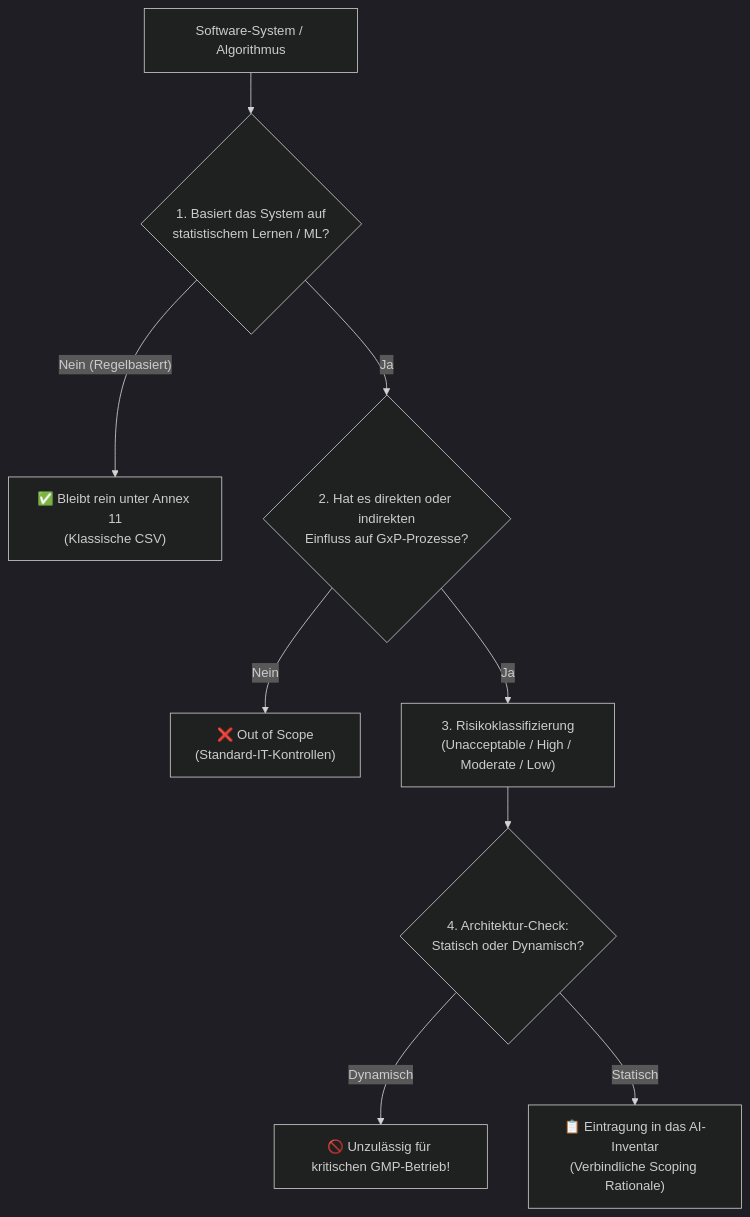
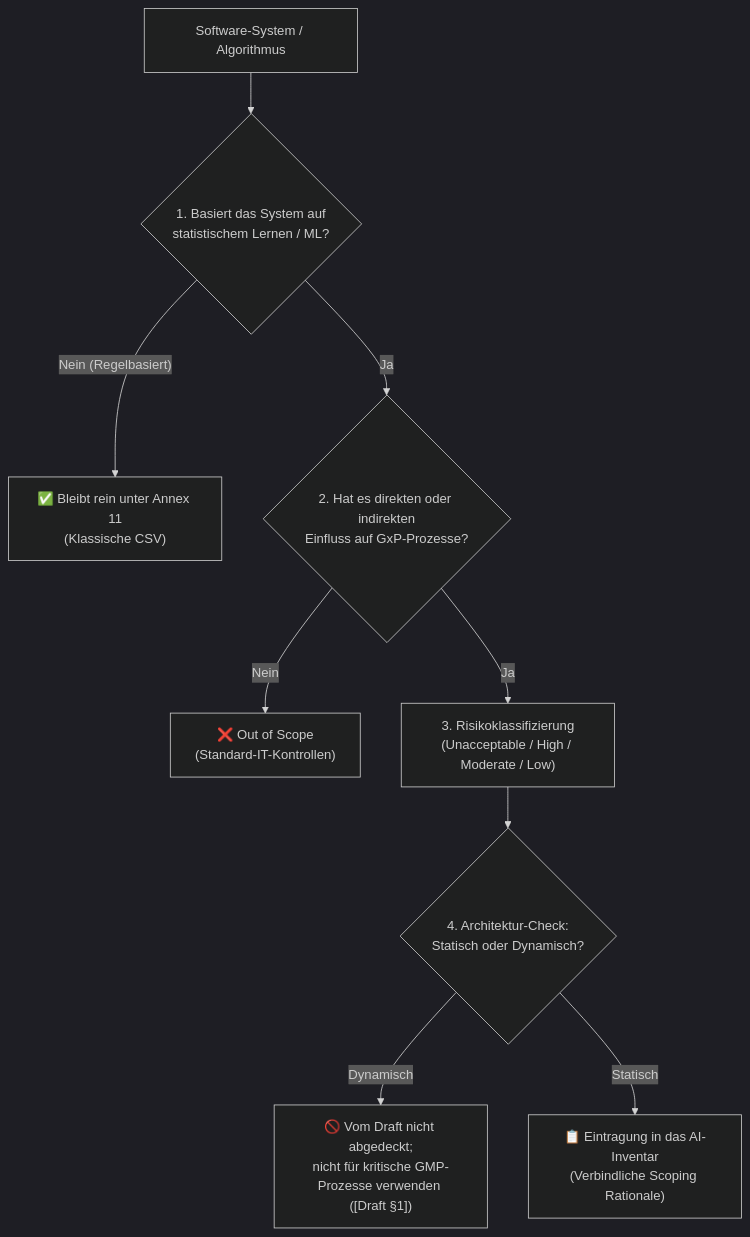
The diagram in docs/de/module_03_scope_applicability.md (Lunaman06/Annex22), drawn with Mermaid (dark theme) before and after one commit. The commit also changed other lines of this file and 4 other files, not shown here.

````diff
--- a/docs/de/module_03_scope_applicability.md
+++ b/docs/de/module_03_scope_applicability.md
@@ -13,14 +13,14 @@
 ```mermaid
 flowchart TD
     Start["Software-System / Algorithmus"] --> Q1{"1. Basiert das System auf<br/>statistischem Lernen / ML?"}
     
     Q1 -- Nein (Regelbasiert) --> ANNEX11["✅ Bleibt rein unter Annex 11<br/>(Klassische CSV)"]
     Q1 -- Ja --> Q2{"2. Hat es direkten oder indirekten<br/>Einfluss auf GxP-Prozesse?"}
     
     Q2 -- Nein --> OOS["❌ Out of Scope<br/>(Standard-IT-Kontrollen)"]
     Q2 -- Ja --> Q3["3. Risikoklassifizierung<br/>(Unacceptable / High / Moderate / Low)"]
     
     Q3 --> Q4{"4. Architektur-Check:<br/>Statisch oder Dynamisch?"}
-    Q4 -- Dynamisch --> REJECT["🚫 Unzulässig für kritischen GMP-Betrieb!"]
+    Q4 -- Dynamisch --> REJECT["🚫 Vom Draft nicht abgedeckt;<br/>nicht für kritische GMP-Prozesse verwenden ([Draft §1])"]
     Q4 -- Statisch --> INV["📋 Eintragung in das AI-Inventar<br/>(Verbindliche Scoping Rationale)"]
 ```
````
